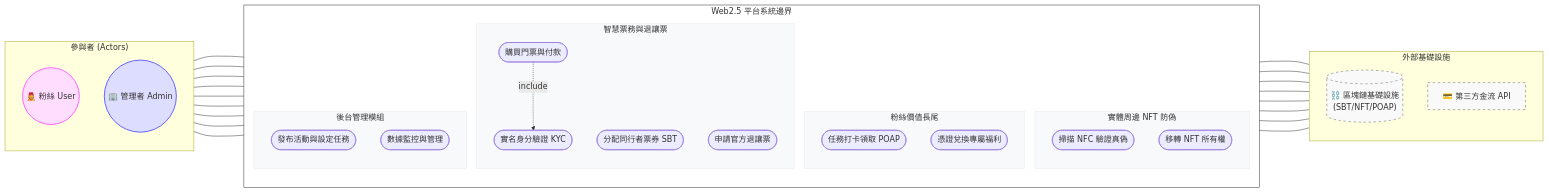
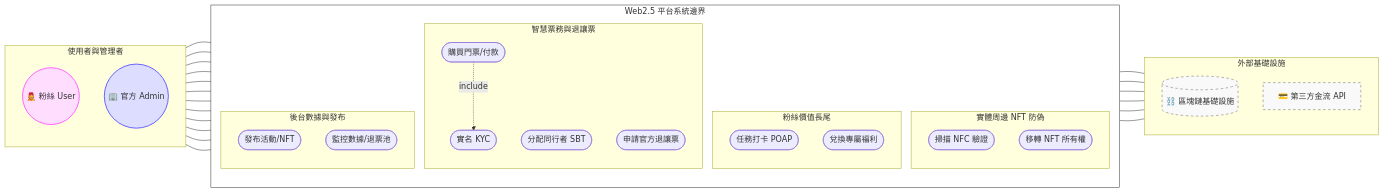
The second of 2 diagrams in test.md (zhuang147/Blockchain-fan-economy-document), drawn with Mermaid before and after one commit.

````diff
--- a/test.md
+++ b/test.md
@@ -72,82 +72,79 @@
 ```mermaid
 graph LR
-    %% --- 左側：主要參與者 ---
-    subgraph Left_Actors ["參與者 (Actors)"]
+    %% --- 左側：參與者 (Actors) ---
+    subgraph Left_Actors ["使用者與管理者"]
         direction TB
         User((🧑‍🎤 粉絲 User))
-        Admin((🏢 管理者 Admin))
+        Admin((🏢 官方 Admin))
     end
 
-    %% --- 中間：平台功能邊界 ---
+    %% --- 中間：平台核心功能 (System Boundary) ---
     subgraph Platform ["Web2.5 平台系統邊界"]
         direction TB
         
         subgraph Mod1 ["智慧票務與退讓票"]
-            UC1([實名身分驗證 KYC])
-            UC2([購買門票與付款])
-            UC3([分配同行者票券 SBT])
+            UC1([實名 KYC])
+            UC2([購買門票/付款])
+            UC3([分配同行者 SBT])
             UC4([申請官方退讓票])
         end
 
         subgraph Mod2 ["實體周邊 NFT 防偽"]
-            UC5([掃描 NFC 驗證真偽])
+            UC5([掃描 NFC 驗證])
             UC6([移轉 NFT 所有權])
         end
 
         subgraph Mod3 ["粉絲價值長尾"]
-            UC7([任務打卡領取 POAP])
-            UC8([憑證兌換專屬福利])
+            UC7([任務打卡 POAP])
+            UC8([兌換專屬福利])
         end
 
-        subgraph Mod4 ["後台管理模組"]
-            UC9([發布活動與設定任務])
-            UC10([數據監控與管理])
+        subgraph Mod4 ["後台數據與發布"]
+            UC9([發布活動/NFT])
+            UC10([監控數據/退票池])
         end
     end
 
-    %% --- 右側：外部基礎設施 ---
-    subgraph Right_Systems ["外部基礎設施"]
+    %% --- 右側：技術基礎設施 ---
+    subgraph Infra ["外部基礎設施"]
         direction TB
-        BC[("⛓️ 區塊鏈基礎設施<br/>(SBT/NFT/POAP)")]
+        BC[("⛓️ 區塊鏈基礎設施")]
         Pay["💳 第三方金流 API"]
     end
 
-    %% --- 連線邏輯 ---
+    %% --- 關聯線定義 ---
 
     %% 粉絲連線
-    User ---- UC1
-    User ---- UC2
-    User ---- UC3
-    User ---- UC4
-    User ---- UC5
-    User ---- UC7
-    User ---- UC8
+    User --- UC1
+    User --- UC2
+    User --- UC3
+    User --- UC4
+    User --- UC5
+    User --- UC6
+    User --- UC7
+    User --- UC8
 
-    %% 管理者連線
-    Admin ---- UC9
-    Admin ---- UC10
+    %% 官方管理連線 (修正版：移除行尾註解避免報錯)
+    Admin --- UC9
+    Admin --- UC10
+    Admin --- UC4
+    Admin --- UC6
 
-    %% 功能與外部系統連線
-    UC2 ---- Pay
-    UC2 ---- BC
-    UC3 ---- BC
-    UC4 ---- BC
-    UC5 ---- BC
-    UC6 ---- BC
-    UC7 ---- BC
+    %% 平台功能與外部系統連線
+    UC2 --- Pay
+    UC3 --- BC
+    UC4 --- BC
+    UC6 --- BC
+    UC7 --- BC
     UC10 --- BC
 
     %% 內部包含關係
     UC2 -.->|include| UC1
 
     %% --- 樣式美化 ---
     style User fill:#fdf,stroke:#f6f,stroke-width:2px
     style Admin fill:#ddf,stroke:#66f,stroke-width:2px
+    style Platform fill:#fff,stroke:#333,stroke-width:1px
     style BC fill:#f9f9f9,stroke:#666,stroke-dasharray: 5 5
     style Pay fill:#f9f9f9,stroke:#666,stroke-dasharray: 5 5
-    style Platform fill:#fff,stroke:#333,stroke-width:1px
-    style Mod1 fill:#f8f9fa,stroke:#e9ecef
-    style Mod2 fill:#f8f9fa,stroke:#e9ecef
-    style Mod3 fill:#f8f9fa,stroke:#e9ecef
-    style Mod4 fill:#f8f9fa,stroke:#e9ecef
 ```
````
